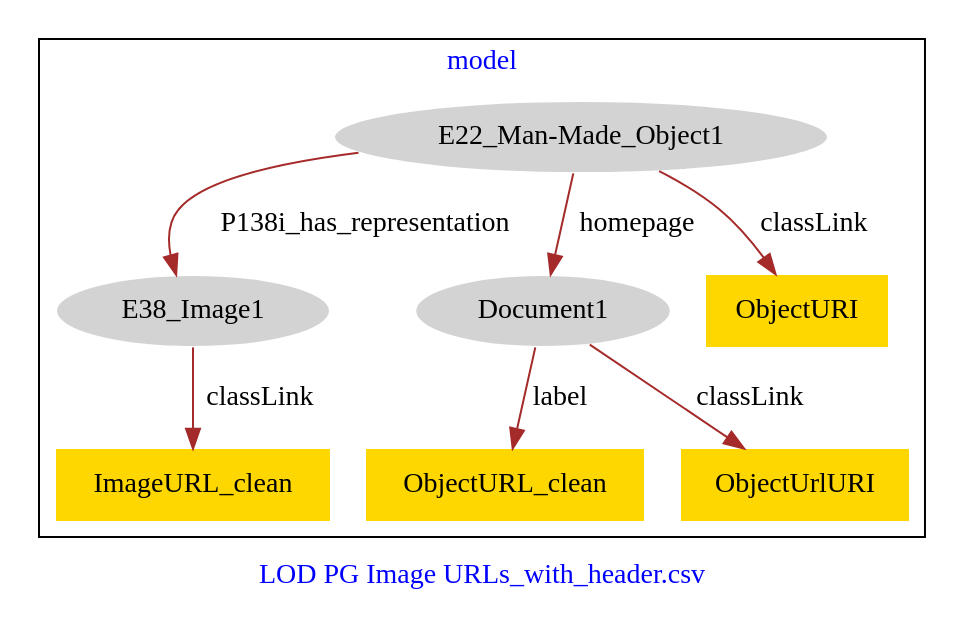
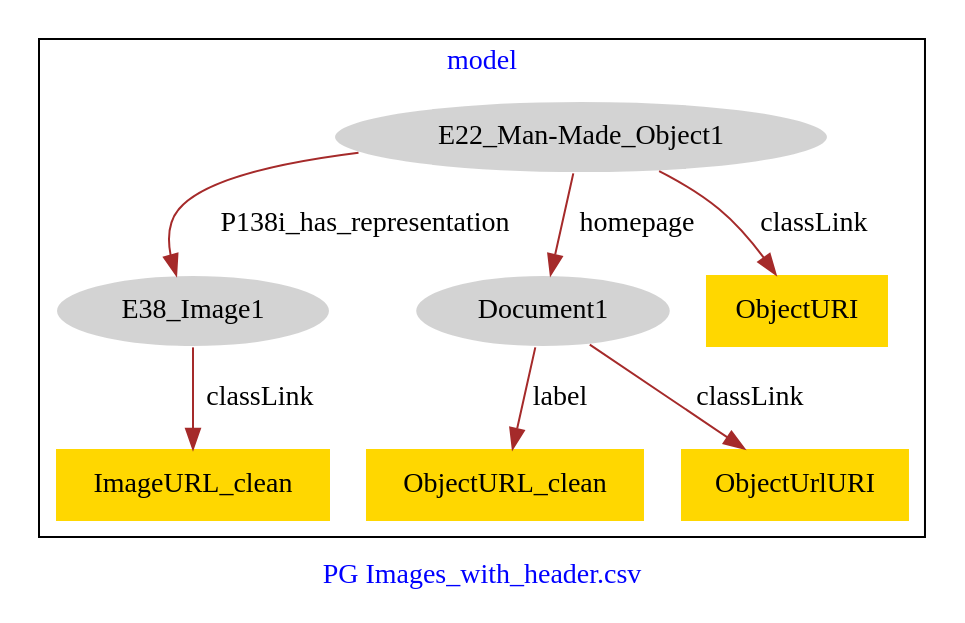
Before and after one commit to american-art/cbm: the diagram in PG_URLs/PG_URLs-model.dot, drawn with Graphviz.

Commit message:
Update file PG_URLs-model.dot

```diff
--- a/PG_URLs/PG_URLs-model.dot
+++ b/PG_URLs/PG_URLs-model.dot
@@ -1,21 +1,21 @@
 digraph n0 {
 fontcolor="blue"
 remincross="true"
-label="LOD PG Image URLs_with_header.csv"
+label="PG Images_with_header.csv"
 subgraph cluster {
 label="model"
 n2[style="filled",color="white",fillcolor="lightgray",label="E22_Man-Made_Object1"];
 n3[style="filled",color="white",fillcolor="lightgray",label="E38_Image1"];
 n4[style="filled",color="white",fillcolor="lightgray",label="Document1"];
 n5[shape="plaintext",style="filled",fillcolor="gold",label="ObjectURI"];
 n6[shape="plaintext",style="filled",fillcolor="gold",label="ObjectURL_clean"];
-n7[shape="plaintext",style="filled",fillcolor="gold",label="ImageURL_clean"];
-n8[shape="plaintext",style="filled",fillcolor="gold",label="ObjectUrlURI"];
+n7[shape="plaintext",style="filled",fillcolor="gold",label="ObjectUrlURI"];
+n8[shape="plaintext",style="filled",fillcolor="gold",label="ImageURL_clean"];
 }
 n2 -> n3[color="brown",fontcolor="black",label="P138i_has_representation"]
 n2 -> n4[color="brown",fontcolor="black",label="homepage"]
 n2 -> n5[color="brown",fontcolor="black",label="classLink"]
 n4 -> n6[color="brown",fontcolor="black",label="label"]
-n3 -> n7[color="brown",fontcolor="black",label="classLink"]
-n4 -> n8[color="brown",fontcolor="black",label="classLink"]
+n4 -> n7[color="brown",fontcolor="black",label="classLink"]
+n3 -> n8[color="brown",fontcolor="black",label="classLink"]
 }
```
